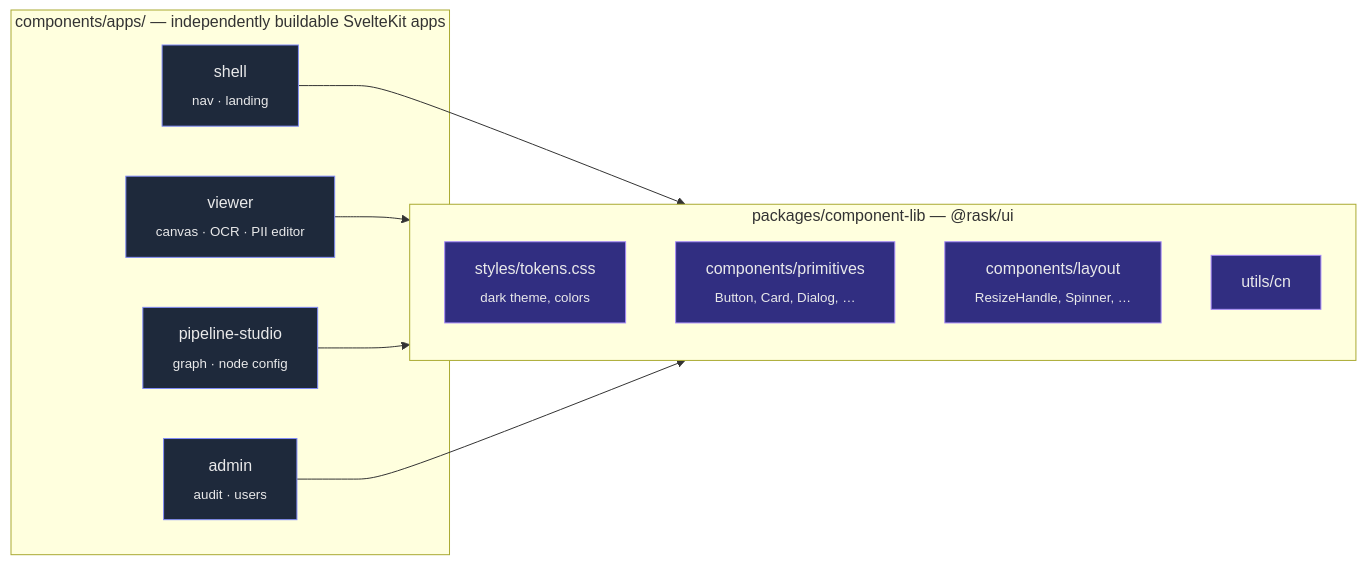
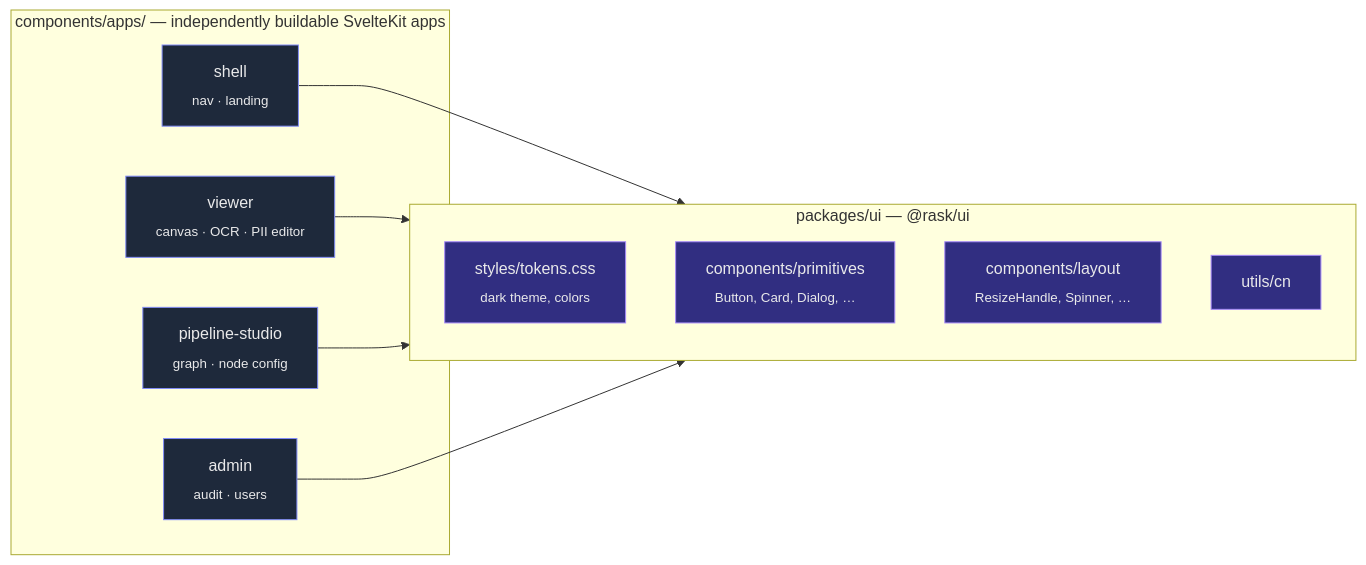
The first of 4 diagrams in docs/architecture/frontend-monorepo.md (AI-Riksarkivet/rask), drawn with Mermaid before and after one commit. The commit also changed other lines of this file and 153 other files, not shown here.

````diff
--- a/docs/architecture/frontend-monorepo.md
+++ b/docs/architecture/frontend-monorepo.md
@@ -18,26 +18,26 @@
 ```mermaid
 flowchart LR
     subgraph apps["components/apps/ — independently buildable SvelteKit apps"]
         shell["shell<br/><sub>nav · landing</sub>"]
         viewer["viewer<br/><sub>canvas · OCR · PII editor</sub>"]
         studio["pipeline-studio<br/><sub>graph · node config</sub>"]
         admin["admin<br/><sub>audit · users</sub>"]
     end
 
-    subgraph lib["packages/component-lib — @rask/ui"]
+    subgraph lib["packages/ui — @rask/ui"]
         tokens["styles/tokens.css<br/><sub>dark theme, colors</sub>"]
         prim["components/primitives<br/><sub>Button, Card, Dialog, …</sub>"]
         layout["components/layout<br/><sub>ResizeHandle, Spinner, …</sub>"]
         utils["utils/cn"]
     end
 
     shell --> lib
     viewer --> lib
     studio --> lib
     admin --> lib
 
     classDef app fill:#1e293b,stroke:#818cf8,color:#e9e9ea
     classDef libnode fill:#312e81,stroke:#a78bfa,color:#e9e9ea
     class shell,viewer,studio,admin app
     class tokens,prim,layout,utils libnode
 ```
````
